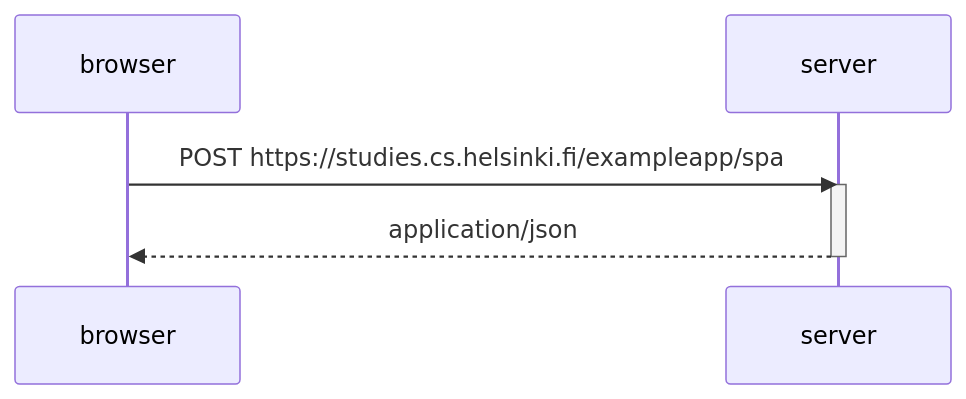
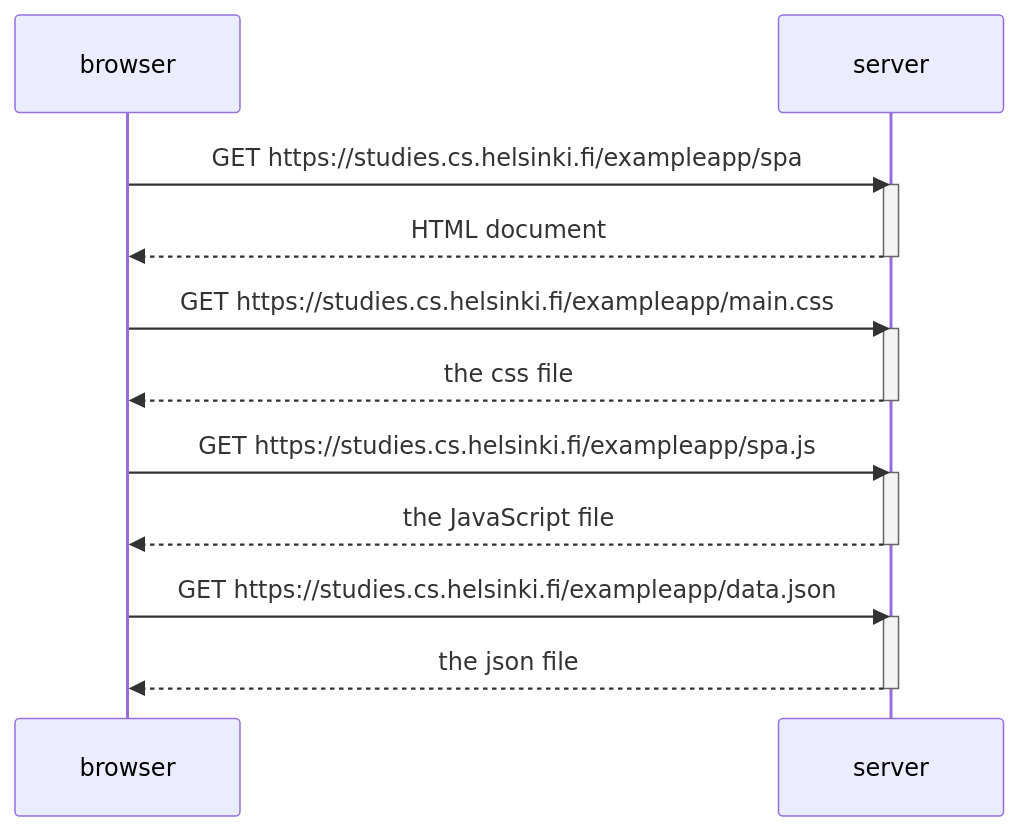
The diagram in 0/0_5.md (marekbran/full_stack), drawn with Mermaid before and after one commit. The commit also changed 1 other file, not shown here.

Commit message:
Corrected 0_5 and exercise 0_6

````diff
--- a/0/0_5.md
+++ b/0/0_5.md
@@ -2,10 +2,26 @@
 ```mermaid
 sequenceDiagram
     participant browser
     participant server
 
-    browser->>server: POST https://studies.cs.helsinki.fi/exampleapp/spa
+    browser->>server: GET https://studies.cs.helsinki.fi/exampleapp/spa
     activate server
-    server-->>browser: application/json
+    server-->>browser: HTML document
     deactivate server
+
+    browser->>server: GET https://studies.cs.helsinki.fi/exampleapp/main.css
+    activate server
+    server-->>browser: the css file
+    deactivate server
+
+    browser->>server: GET https://studies.cs.helsinki.fi/exampleapp/spa.js
+    activate server
+    server-->>browser: the JavaScript file
+    deactivate server
+
+    browser->>server: GET https://studies.cs.helsinki.fi/exampleapp/data.json
+    activate server
+    server-->>browser: the json file
+    deactivate server
+
 ```
````
